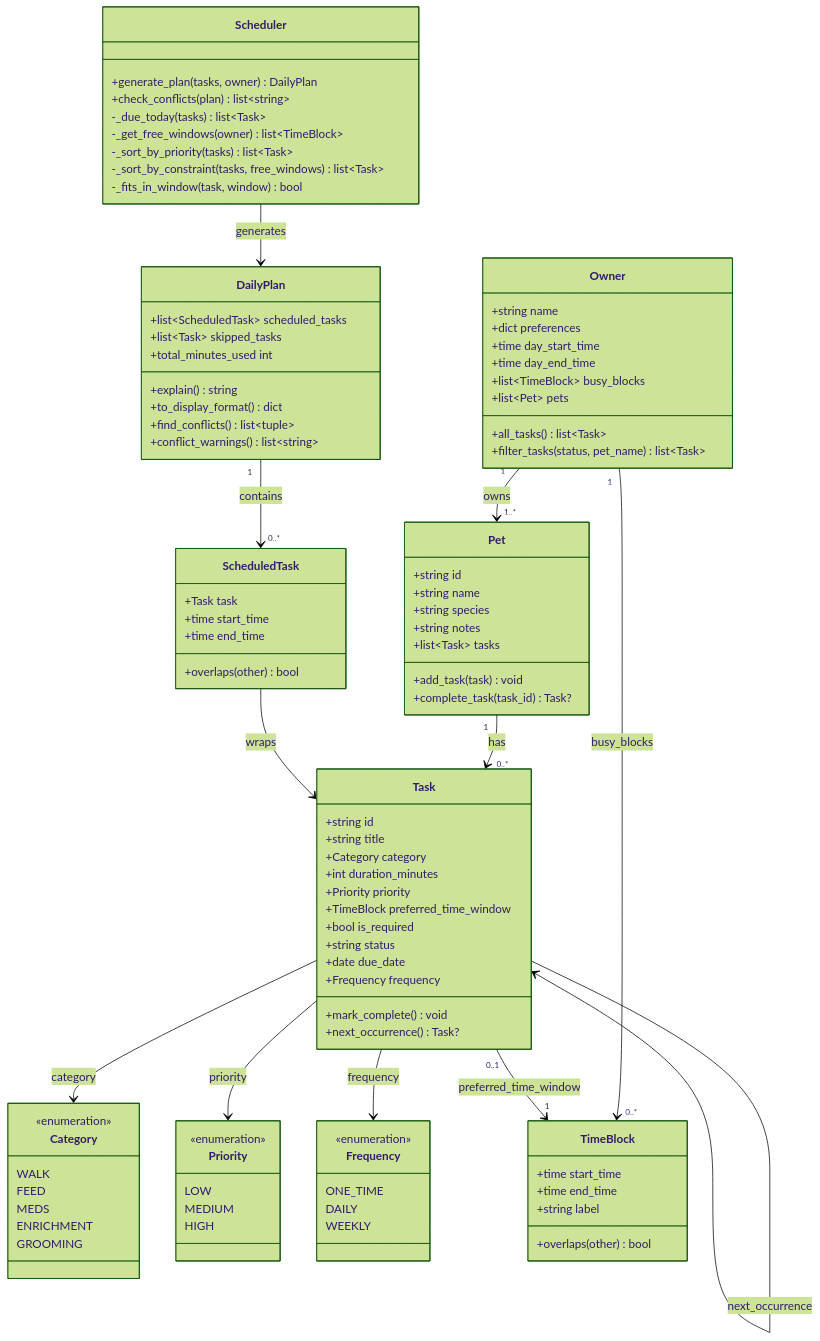
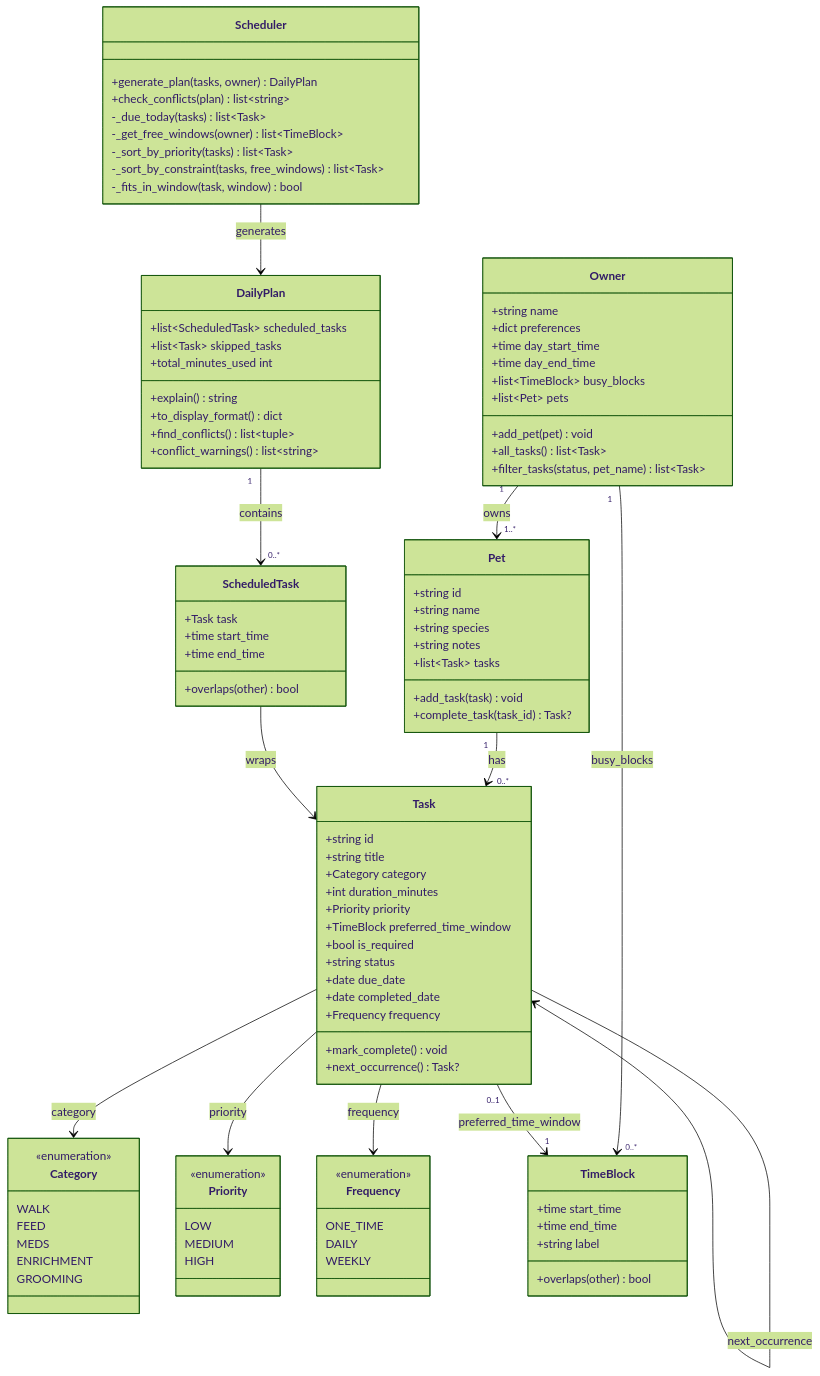
The diagram in diagrams/uml_final.mmd (zirangu/ai110-module2show-pawpal-starter), drawn with Mermaid (forest theme) before and after one commit. The commit also changed 4 other files, not shown here.

```diff
--- a/diagrams/uml_final.mmd
+++ b/diagrams/uml_final.mmd
@@ -1,105 +1,107 @@
 classDiagram
     class Category {
         <<enumeration>>
         WALK
         FEED
         MEDS
         ENRICHMENT
         GROOMING
     }
 
     class Priority {
         <<enumeration>>
         LOW
         MEDIUM
         HIGH
     }
 
     class Frequency {
         <<enumeration>>
         ONE_TIME
         DAILY
         WEEKLY
     }
 
     class Owner {
         +string name
         +dict preferences
         +time day_start_time
         +time day_end_time
         +list~TimeBlock~ busy_blocks
         +list~Pet~ pets
+        +add_pet(pet) void
         +all_tasks() list~Task~
         +filter_tasks(status, pet_name) list~Task~
     }
 
     class Pet {
         +string id
         +string name
         +string species
         +string notes
         +list~Task~ tasks
         +add_task(task) void
         +complete_task(task_id) Task?
     }
 
     class TimeBlock {
         +time start_time
         +time end_time
         +string label
         +overlaps(other) bool
     }
 
     class Task {
         +string id
         +string title
         +Category category
         +int duration_minutes
         +Priority priority
         +TimeBlock preferred_time_window
         +bool is_required
         +string status
         +date due_date
+        +date completed_date
         +Frequency frequency
         +mark_complete() void
         +next_occurrence() Task?
     }
 
     class ScheduledTask {
         +Task task
         +time start_time
         +time end_time
         +overlaps(other) bool
     }
 
     class Scheduler {
         +generate_plan(tasks, owner) DailyPlan
         +check_conflicts(plan) list~string~
         -_due_today(tasks) list~Task~
         -_get_free_windows(owner) list~TimeBlock~
         -_sort_by_priority(tasks) list~Task~
         -_sort_by_constraint(tasks, free_windows) list~Task~
         -_fits_in_window(task, window) bool
     }
 
     class DailyPlan {
         +list~ScheduledTask~ scheduled_tasks
         +list~Task~ skipped_tasks
         +total_minutes_used int
         +explain() string
         +to_display_format() dict
         +find_conflicts() list~tuple~
         +conflict_warnings() list~string~
     }
 
     Owner "1" --> "1..*" Pet : owns
     Owner "1" --> "0..*" TimeBlock : busy_blocks
     Pet "1" --> "0..*" Task : has
     Task "0..1" --> "1" TimeBlock : preferred_time_window
     Task --> Category : category
     Task --> Priority : priority
     Task --> Frequency : frequency
     Task --> Task : next_occurrence
     Scheduler --> DailyPlan : generates
     DailyPlan "1" --> "0..*" ScheduledTask : contains
     ScheduledTask --> Task : wraps
```
